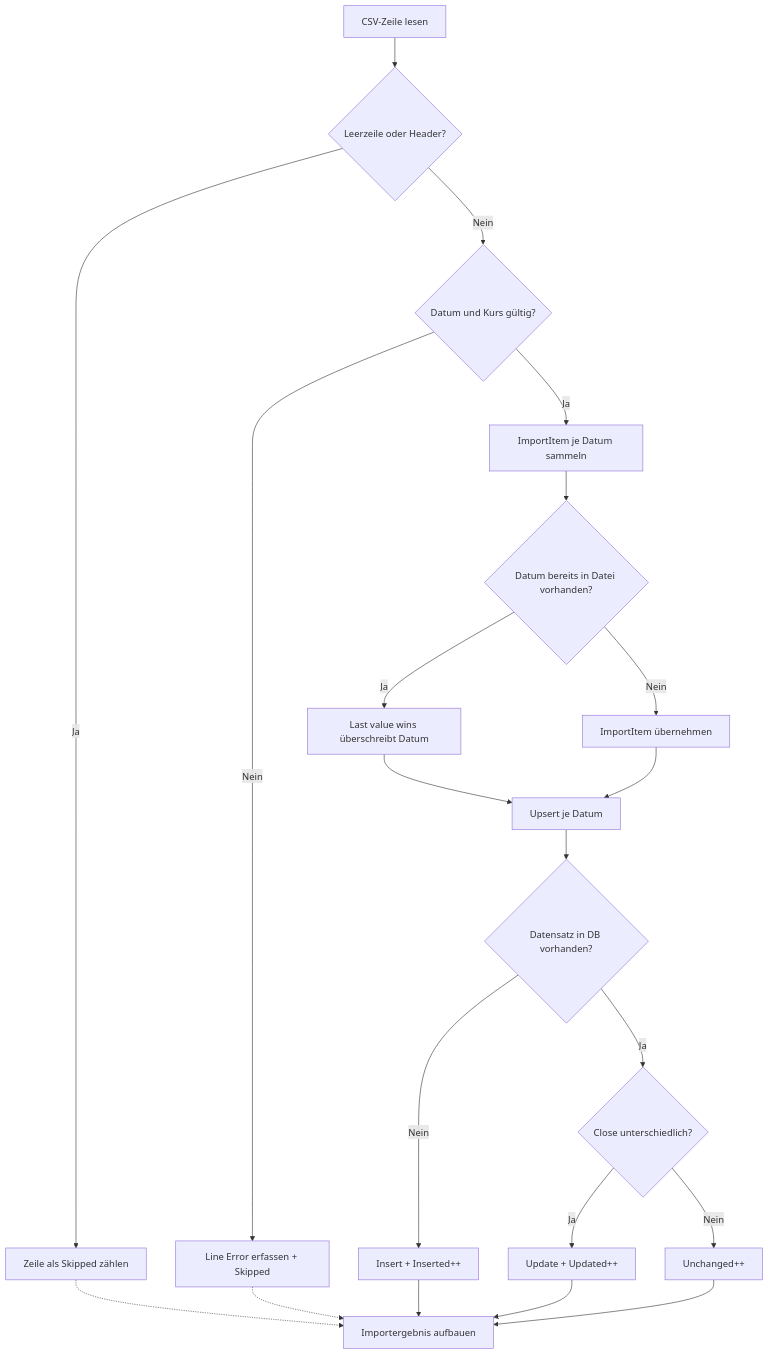
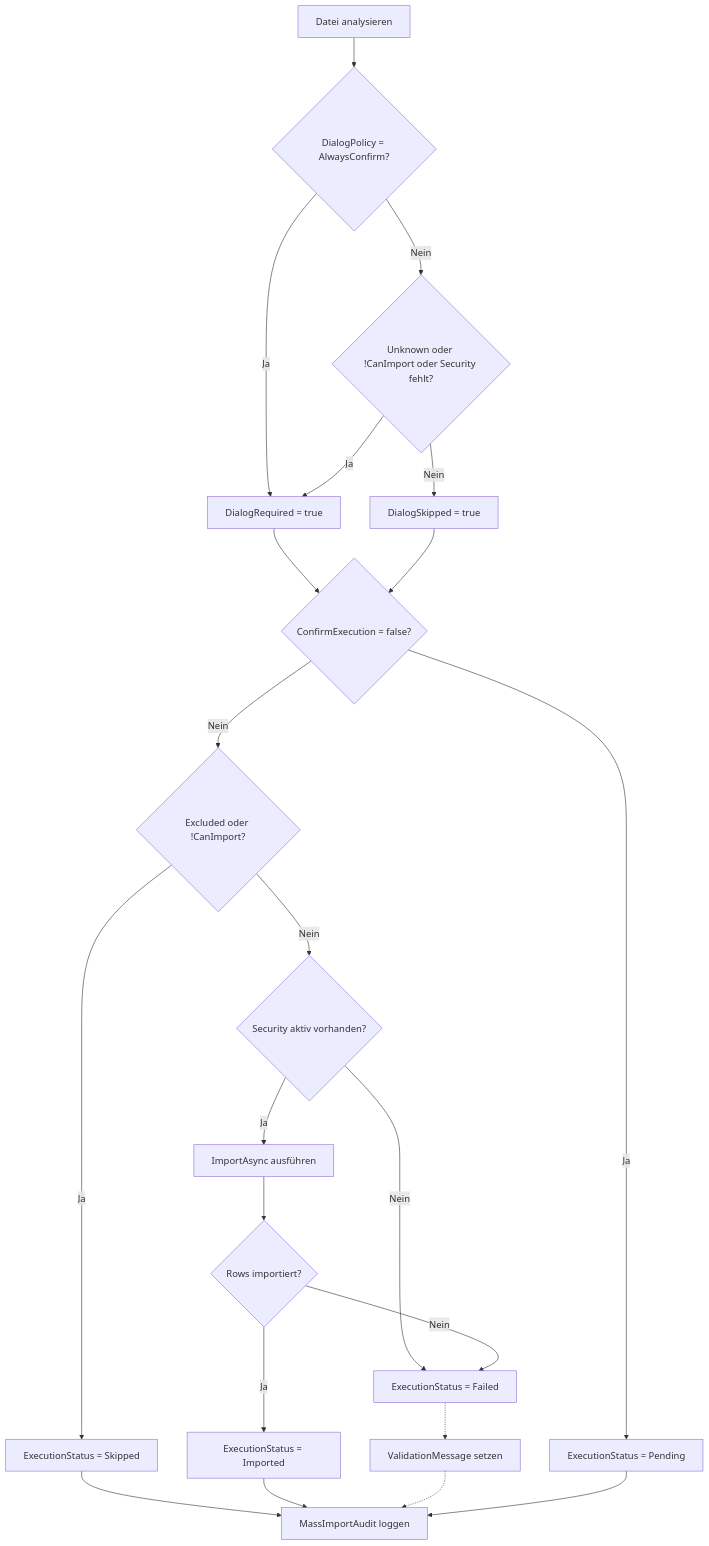
The second of 2 diagrams in Docs/flows/security-price-import-ing.md (martin-stromberg/FinanceManager), drawn with Mermaid before and after one commit. The commit also changed other lines of this file and 61 other files, not shown here.

````diff
--- a/Docs/flows/security-price-import-ing.md
+++ b/Docs/flows/security-price-import-ing.md
@@ -35,23 +48,24 @@
 ```mermaid
 flowchart TD
-    A[CSV-Zeile lesen] --> B{Leerzeile oder Header?}
-    B -- Ja --> C[Zeile als Skipped zählen]
-    B -- Nein --> D{Datum und Kurs gültig?}
-    D -- Nein --> E[Line Error erfassen + Skipped]
-    D -- Ja --> F[ImportItem je Datum sammeln]
-    F --> G{Datum bereits in Datei vorhanden?}
-    G -- Ja --> H[Last value wins überschreibt Datum]
-    G -- Nein --> I[ImportItem übernehmen]
-    H --> J[Upsert je Datum]
-    I --> J
-    J --> K{Datensatz in DB vorhanden?}
-    K -- Nein --> L[Insert + Inserted++]
-    K -- Ja --> M{Close unterschiedlich?}
-    M -- Ja --> N[Update + Updated++]
-    M -- Nein --> O[Unchanged++]
-    C -.-> P[Importergebnis aufbauen]
-    E -.-> P
-    L --> P
+    A[Datei analysieren] --> B{DialogPolicy = AlwaysConfirm?}
+    B -- Ja --> C[DialogRequired = true]
+    B -- Nein --> D{Unknown oder !CanImport oder Security fehlt?}
+    D -- Ja --> C
+    D -- Nein --> E[DialogSkipped = true]
+    C --> F{ConfirmExecution = false?}
+    E --> F
+    F -- Ja --> G[ExecutionStatus = Pending]
+    F -- Nein --> H{Excluded oder !CanImport?}
+    H -- Ja --> I[ExecutionStatus = Skipped]
+    H -- Nein --> J{Security aktiv vorhanden?}
+    J -- Nein --> K[ExecutionStatus = Failed]
+    J -- Ja --> L[ImportAsync ausführen]
+    L --> M{Rows importiert?}
+    M -- Ja --> N[ExecutionStatus = Imported]
+    M -- Nein --> K
+    K -.-> O[ValidationMessage setzen]
+    I --> P[MassImportAudit loggen]
     N --> P
-    O --> P
+    O -.-> P
+    G --> P
 ```
````
